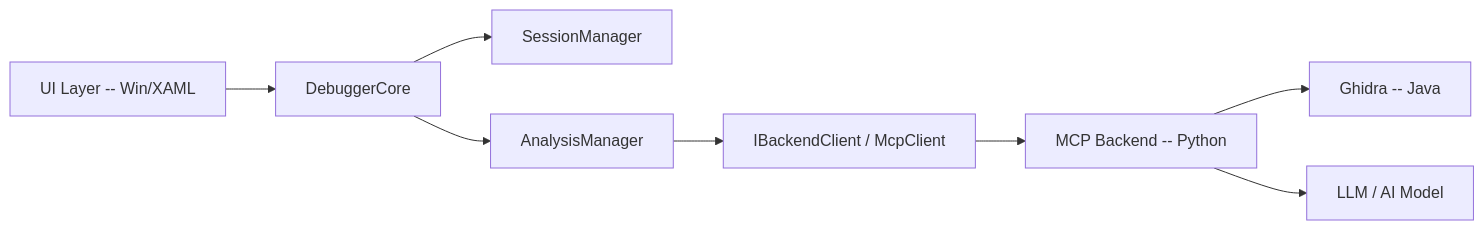
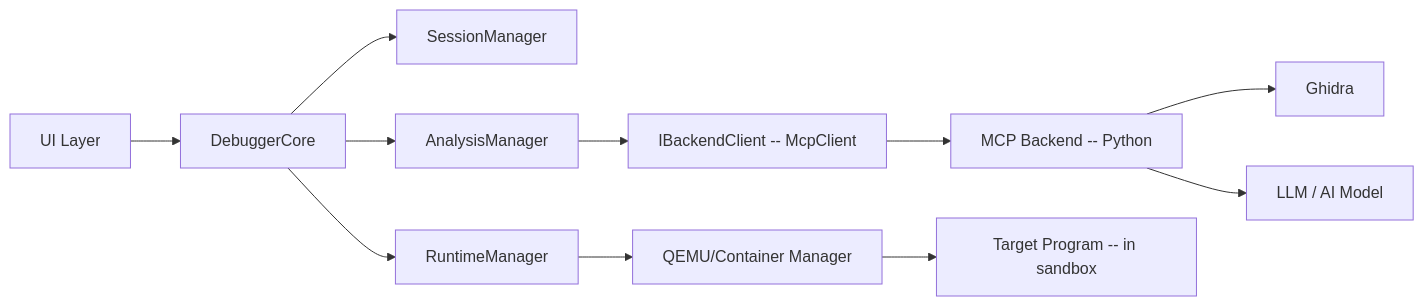
Before and after one commit to Huraharah/guardAIn_Debugger: the diagram in docs/Diagrams/Core/components.md, drawn with Mermaid. The commit also changed 54 other files, not shown here.

Commit message:
template fixing, more diagrams

````diff
--- a/docs/Diagrams/Core/components.md
+++ b/docs/Diagrams/Core/components.md
@@ -1,23 +1,32 @@
 ```mermaid
 flowchart LR
-    UI[UI Layer -- Win/XAML] 
+    UI[UI Layer]
     DC[DebuggerCore]
+
     SM[SessionManager]
     AM[AnalysisManager]
-    BC[IBackendClient / McpClient]
+    RM[RuntimeManager]
+
+    BC[IBackendClient -- McpClient]
     MCP[MCP Backend -- Python]
-    GH[Ghidra -- Java]
+    GH[Ghidra]
     LLM[LLM / AI Model]
+
+    QEMU[QEMU/Container Manager]
+    TARGET[Target Program -- in sandbox]
 
     UI --> DC
 
     DC --> SM
     DC --> AM
+    DC --> RM
 
     AM --> BC
-
     BC --> MCP
-
     MCP --> GH
     MCP --> LLM
+
+    RM --> QEMU
+    QEMU --> TARGET
+
 ```
````
